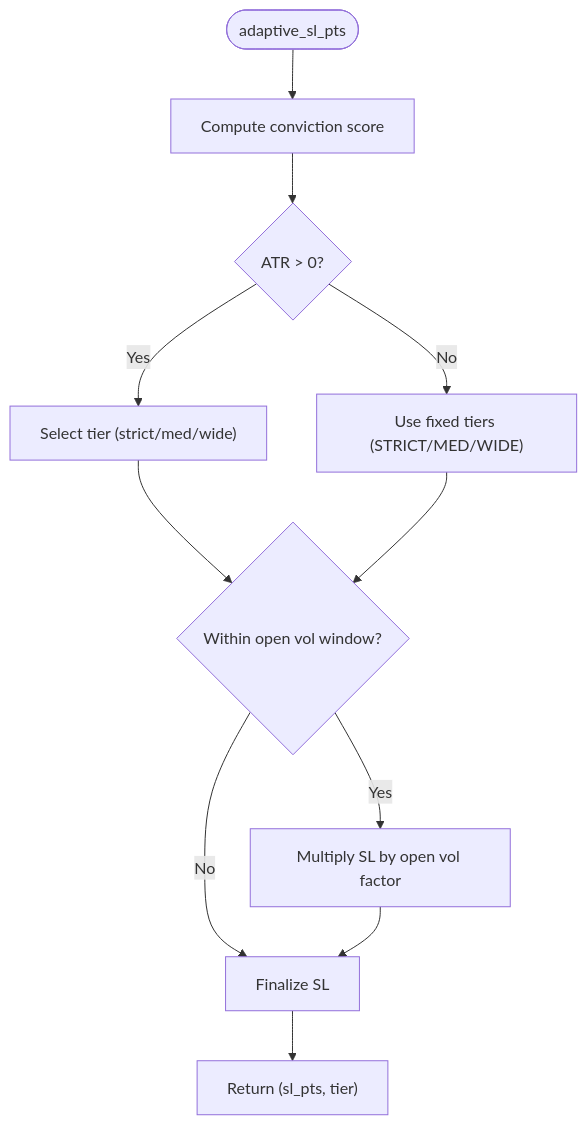
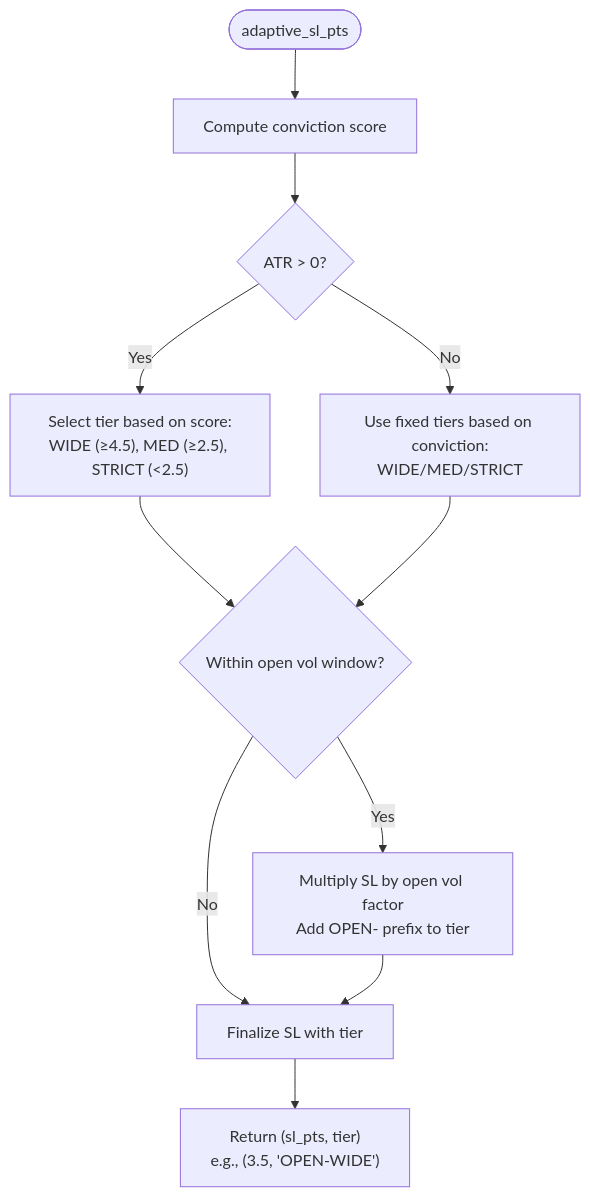
One commit to tauqeersiddiqui-art/tradingsystem changed the fourth of 11 diagrams in .qoder/repowiki/en/content/Core Trading Engine/Scalping Strategy Engine.md. Above: the diagram before and after it, drawn with Mermaid. The commit also changed other lines of this file and 63 other files, not shown here.

````diff
--- a/.qoder/repowiki/en/content/Core Trading Engine/Scalping Strategy Engine.md
+++ b/.qoder/repowiki/en/content/Core Trading Engine/Scalping Strategy Engine.md
@@ -218,13 +218,13 @@
 ```mermaid
 flowchart TD
 S0(["adaptive_sl_pts"]) --> Score["Compute conviction score"]
 Score --> ATR{"ATR > 0?"}
-ATR --> |Yes| Tier["Select tier (strict/med/wide)"]
+ATR --> |Yes| Tier["Select tier based on score:<br/>WIDE (≥4.5), MED (≥2.5), STRICT (<2.5)"]
 Tier --> OpenVol{"Within open vol window?"}
-OpenVol --> |Yes| Widen["Multiply SL by open vol factor"]
-OpenVol --> |No| Final["Finalize SL"]
-ATR --> |No| Fixed["Use fixed tiers (STRICT/MED/WIDE)"]
+OpenVol --> |Yes| Widen["Multiply SL by open vol factor<br/>Add OPEN- prefix to tier"]
+OpenVol --> |No| Final["Finalize SL with tier"]
+ATR --> |No| Fixed["Use fixed tiers based on conviction:<br/>WIDE/MED/STRICT"]
 Fixed --> OpenVol
 Widen --> Final
-Final --> Return["Return (sl_pts, tier)"]
+Final --> Return["Return (sl_pts, tier)<br/>e.g., (3.5, 'OPEN-WIDE')"]
 ```
````
